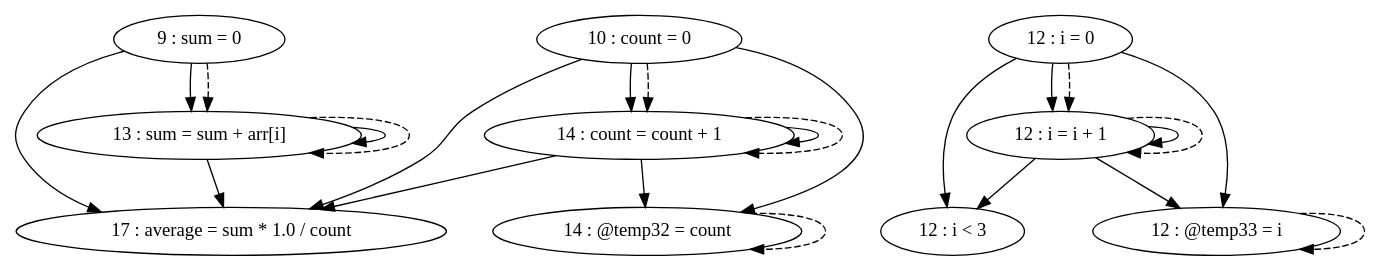
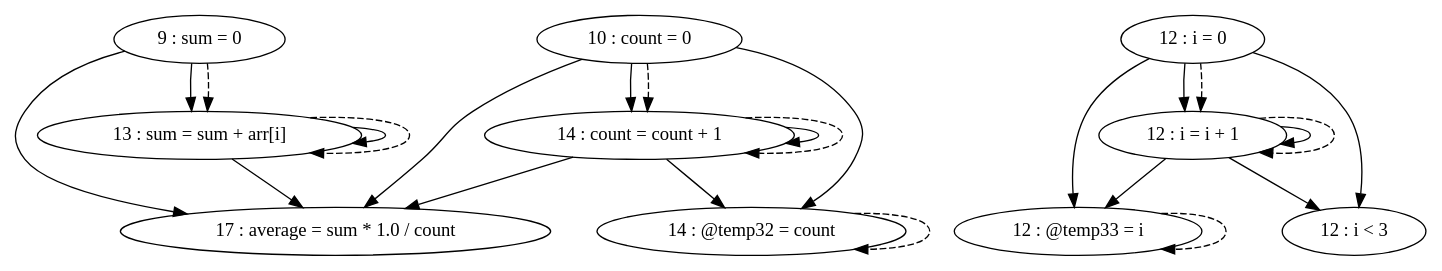
The diagram in pdg/source/testFiles/TestCases/TestCase9/TestCase9-test1.gv (thomassimko/thesis-code-duplication), drawn with Graphviz before and after one commit. The commit also changed other lines of this file and 63 other files, not shown here.

Commit message:
fixed issue with loop in graph

```diff
--- a/pdg/source/testFiles/TestCases/TestCase9/TestCase9-test1.gv
+++ b/pdg/source/testFiles/TestCases/TestCase9/TestCase9-test1.gv
@@ -1,36 +1,36 @@
 digraph G {
 "9 : sum = 0"
 "9 : sum = 0" -> "17 : average = sum * 1.0 / count"
 "9 : sum = 0" -> "13 : sum = sum + arr[i]"
 "9 : sum = 0" -> "13 : sum = sum + arr[i]" [style=dashed]
 "10 : count = 0"
+"10 : count = 0" -> "14 : @temp32 = count"
+"10 : count = 0" -> "17 : average = sum * 1.0 / count"
 "10 : count = 0" -> "14 : count = count + 1"
-"10 : count = 0" -> "17 : average = sum * 1.0 / count"
-"10 : count = 0" -> "14 : @temp32 = count"
 "10 : count = 0" -> "14 : count = count + 1" [style=dashed]
 "12 : i = 0"
+"12 : i = 0" -> "12 : @temp33 = i"
 "12 : i = 0" -> "12 : i < 3"
-"12 : i = 0" -> "12 : @temp33 = i"
 "12 : i = 0" -> "12 : i = i + 1"
 "12 : i = 0" -> "12 : i = i + 1" [style=dashed]
 "12 : i < 3"
 "13 : sum = sum + arr[i]"
 "13 : sum = sum + arr[i]" -> "17 : average = sum * 1.0 / count"
 "13 : sum = sum + arr[i]" -> "13 : sum = sum + arr[i]"
 "13 : sum = sum + arr[i]" -> "13 : sum = sum + arr[i]" [style=dashed]
 "14 : @temp32 = count"
 "14 : @temp32 = count" -> "14 : @temp32 = count" [style=dashed]
 "14 : count = count + 1"
+"14 : count = count + 1" -> "14 : @temp32 = count"
+"14 : count = count + 1" -> "17 : average = sum * 1.0 / count"
 "14 : count = count + 1" -> "14 : count = count + 1"
-"14 : count = count + 1" -> "17 : average = sum * 1.0 / count"
-"14 : count = count + 1" -> "14 : @temp32 = count"
 "14 : count = count + 1" -> "14 : count = count + 1" [style=dashed]
 "12 : @temp33 = i"
 "12 : @temp33 = i" -> "12 : @temp33 = i" [style=dashed]
 "12 : i = i + 1"
+"12 : i = i + 1" -> "12 : @temp33 = i"
 "12 : i = i + 1" -> "12 : i < 3"
-"12 : i = i + 1" -> "12 : @temp33 = i"
 "12 : i = i + 1" -> "12 : i = i + 1"
 "12 : i = i + 1" -> "12 : i = i + 1" [style=dashed]
 "17 : average = sum * 1.0 / count"
 }
```
